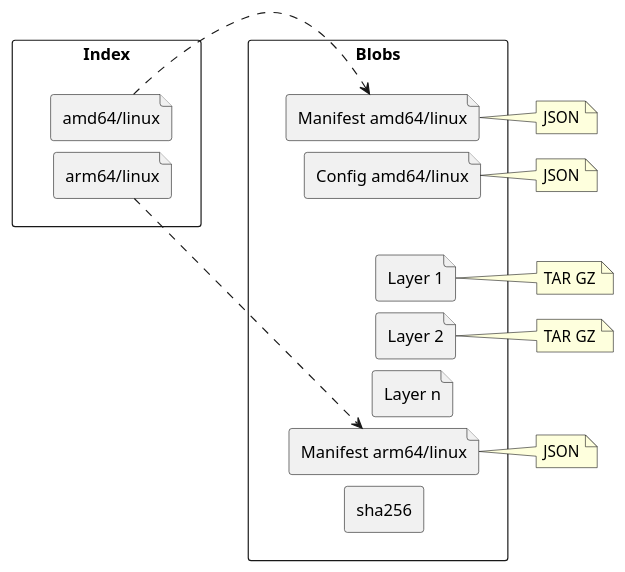
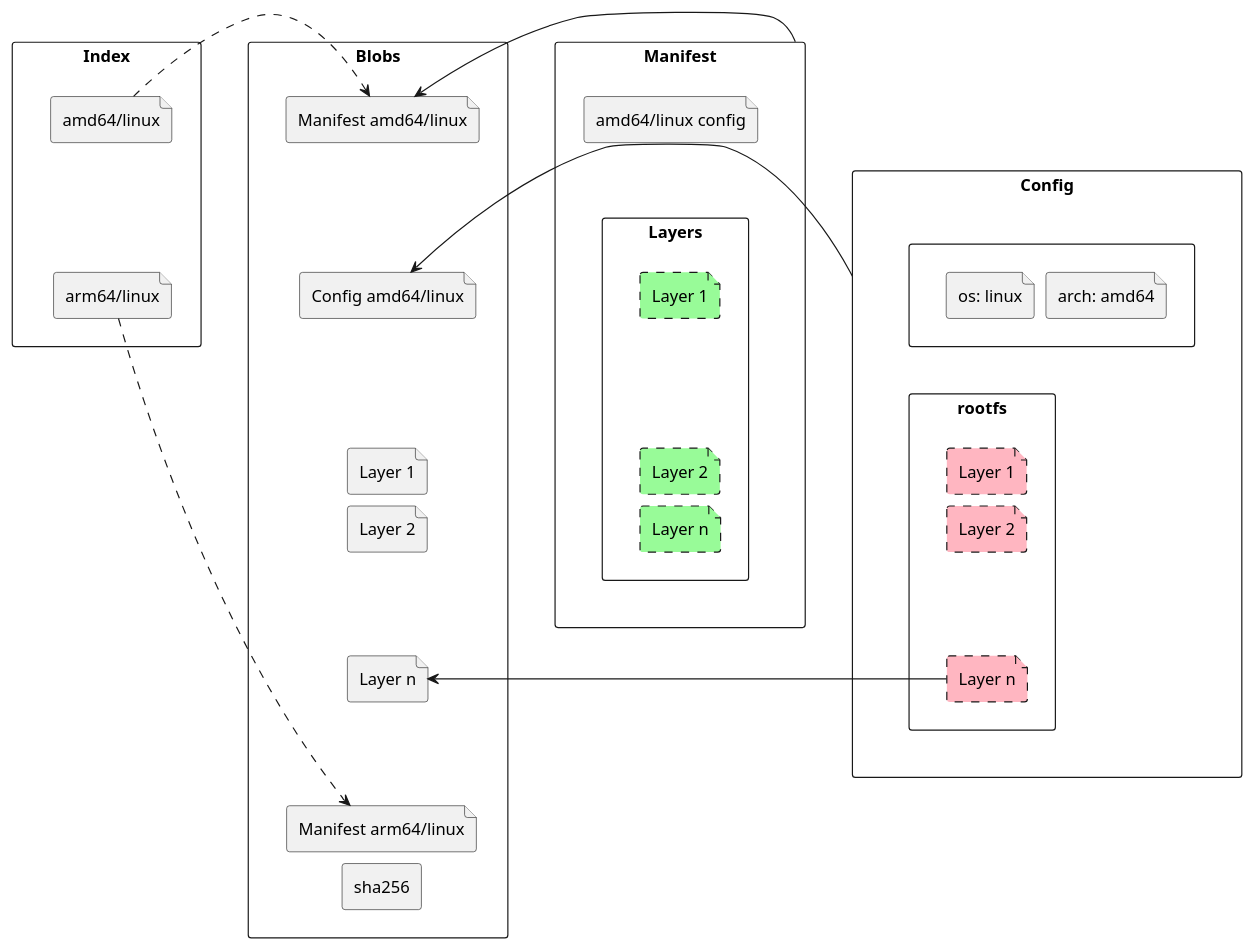
One commit to unexist/blog changed the diagram in _drafts/exploring-oci-registries.adoc. Above: the diagram before and after it, drawn with PlantUML. The commit also changed other lines of this file, not shown here.

Commit message:
Updated diagram

```diff
--- a/_drafts/exploring-oci-registries.adoc
+++ b/_drafts/exploring-oci-registries.adoc
@@ -24,64 +24,81 @@
 [plantuml]
 ----
 '"!theme unexist from {{ site.asciidoctor_attributes.plantumldir }}
 
 'skinparam linetype ortho
 skinparam nodesep 10
 skinparam ranksep 10
 
 rectangle "Index" as index {
     file "amd64/linux" as index_amd
     file "arm64/linux" as index_arm
 }
 
 rectangle "Blobs" as blobs {
-    file "Manifest amd64/linux" as manifest_amd
-    file "Config amd64/linux" as config
-    file "Layer 1" as l1
-    file "Layer 2" as l2
-    file "Layer n" as ln
+    file "Manifest amd64/linux" as blobs_manifest_amd64
+    file "Config amd64/linux" as blobs_config_amd64
+    file "Layer 1" as blobs_l1
+    file "Layer 2" as blobs_l2
+    file "Layer n" as blobs_ln
 
-    file "Manifest arm64/linux" as manifest_arm
+    file "Manifest arm64/linux" as blobs_manifest_arm64
 
     rectangle "sha256" as sha
 }
 
+rectangle "Manifest" as manifests {
+    file "amd64/linux config" as manifests_config
+
+    rectangle "Layers" as manifests_layers {
+        file "Layer 1" as manifests_l1 #palegreen;line.dashed
+        file "Layer 2" as manifests_l2 #palegreen;line.dashed
+        file "Layer n" as manifests_ln #palegreen;line.dashed
+    }
+}
+
+rectangle "Config" as configs {
+    rectangle "<U+0000>" as configs_attrs {
+        file "arch: amd64"
+        file "os: linux"
+    }
+
+    rectangle "rootfs" as configs_rootfs {
+        file "Layer 1" as configs_l1 #lightpink;line.dashed
+        file "Layer 2" as configs_l2 #lightpink;line.dashed
+        file "Layer n" as configs_ln #lightpink;line.dashed
+    }
+}
+
 ' Arrows
-index_amd .r.> manifest_amd
-index_arm .d.> manifest_arm
+index_amd .r.> blobs_manifest_amd64
+index_arm .d.> blobs_manifest_arm64
+manifests -l-> blobs_manifest_amd64
+configs -l-> blobs_config_amd64
+configs_ln -l-> blobs_ln
 
-' Placement
+' Global placement
 index -[hidden]r-> blobs
+blobs -[hidden]r-> manifests
+manifests -[hidden]d-> configs
 
+' Index
 index_amd -[hidden]d-> index_arm
 
-manifest_amd -[hidden]d-> config
-config -[hidden]d-> l1
-l1 -[hidden]d-> l2
-l2 -[hidden]d-> ln
+' Blobs
+blobs_manifest_amd64 -[hidden]d-> blobs_config_amd64
+blobs_config_amd64 -[hidden]d-> blobs_l1
+blobs_l1 -[hidden]d-> blobs_l2
+blobs_l2 -[hidden]d-> blobs_ln
+blobs_ln -[hidden]d-> blobs_manifest_arm64
+blobs_manifest_arm64 -[hidden]d-> sha
 
-ln -[hidden]d-> manifest_arm
+' Manifests
+manifests_config -[hidden]d-> manifests_layers
+manifests_l1 -[hidden]d-> manifests_l2
+manifests_l2 -[hidden]d-> manifests_ln
 
-manifest_arm -[hidden]d-> sha
-
-' Notes
-note right of config
-    JSON
-end note
-
-note right of manifest_amd
-    JSON
-end note
-
-note right of l1
-    TAR GZ
-end note
-
-note right of l2
-    TAR GZ
-end note
-
-note right of manifest_arm
-    JSON
-end note
+' Configs
+configs_attrs -[hidden]d-> configs_rootfs
+configs_l1 -[hidden]d-> configs_l2
+configs_l2 -[hidden]d-> configs_ln
 ----
```
